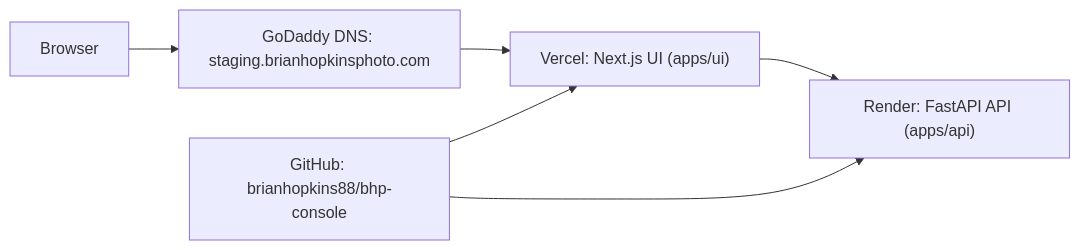
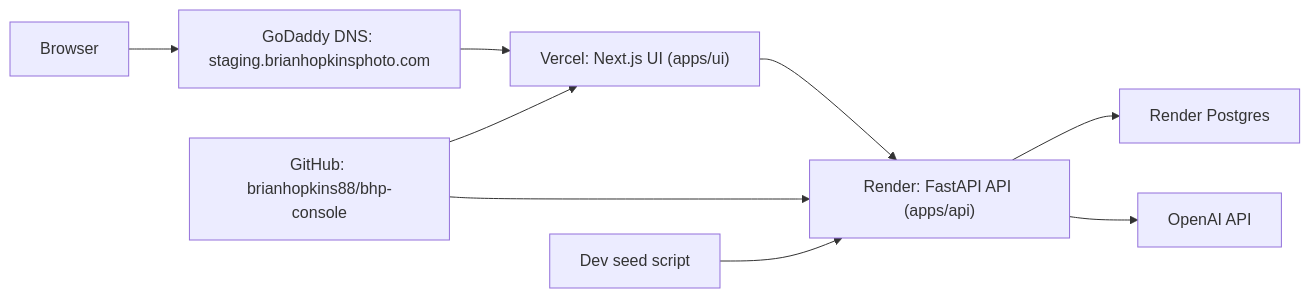
Before and after one commit to brianhopkins88/bhp-console: the third of 3 diagrams in docs/BHP Management Console Architecture.md, drawn with Mermaid. The commit also changed other lines of this file and 1 other file, not shown here.

Commit message:
Document dev/staging environment workflow

````diff
--- a/docs/BHP Management Console Architecture.md
+++ b/docs/BHP Management Console Architecture.md
@@ -574,9 +586,12 @@
 ```mermaid
 flowchart LR
   Browser["Browser"] --> DNS["GoDaddy DNS: staging.brianhopkinsphoto.com"]
   DNS --> Vercel["Vercel: Next.js UI (apps/ui)"]
   Vercel --> Render["Render: FastAPI API (apps/api)"]
+  Render --> RenderDB["Render Postgres"]
+  Render --> OpenAI["OpenAI API"]
 
   GitHub["GitHub: brianhopkins88/bhp-console"] --> Vercel
   GitHub --> Render
+  DevSeed["Dev seed script"] --> Render
 ```
````
